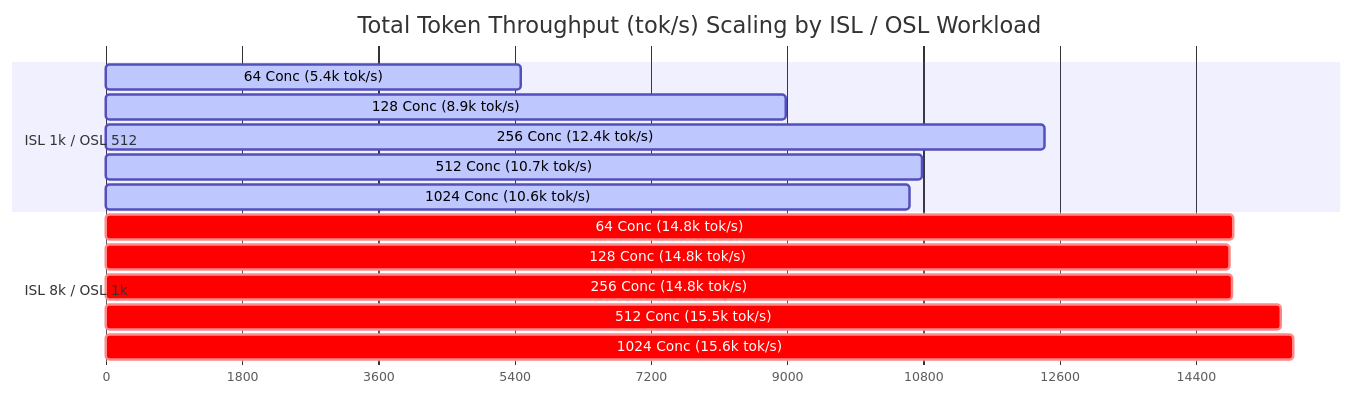
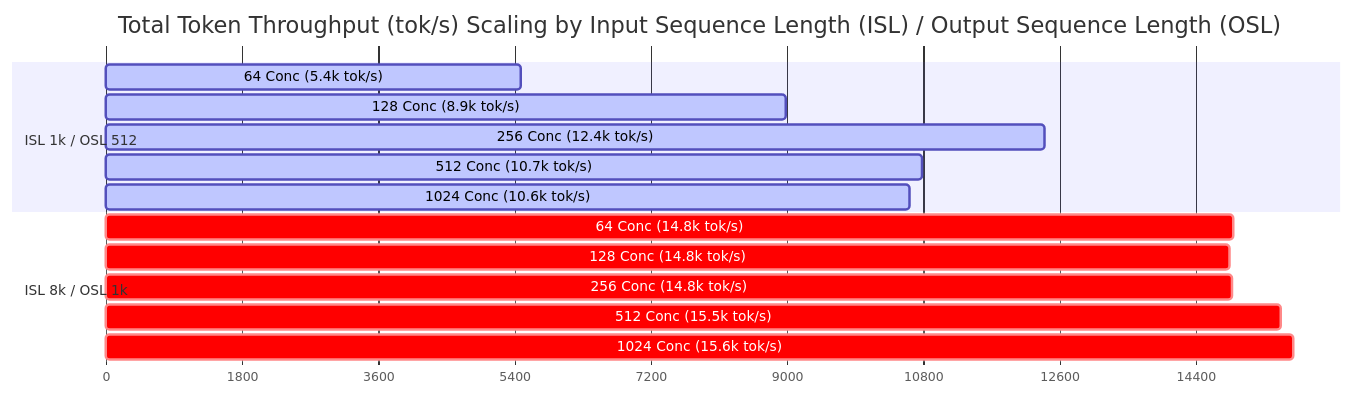
The diagram in Inference/sglang-rtx-pro-6000/models/Gemma4/benchmark_report.md (pallavim1/ai-infra-projects), drawn with Mermaid before and after one commit. The commit also changed other lines of this file and 1 other file, not shown here.

Commit message:
Update main report title and table headers with explicit Input Sequence Length (ISL) and Output Sequence Length (OSL)

````diff
--- a/Inference/sglang-rtx-pro-6000/models/Gemma4/benchmark_report.md
+++ b/Inference/sglang-rtx-pro-6000/models/Gemma4/benchmark_report.md
@@ -72,20 +76,20 @@
 ```mermaid
 gantt
-    title Total Token Throughput (tok/s) Scaling by ISL / OSL Workload
+    title Total Token Throughput (tok/s) Scaling by Input Sequence Length (ISL) / Output Sequence Length (OSL)
     dateFormat  X
     axisFormat %s
 
     section ISL 1k / OSL 512
     64 Conc (5.4k tok/s)   :active, 0, 5489
     128 Conc (8.9k tok/s)  :active, 0, 8980
     256 Conc (12.4k tok/s) :active, 0, 12405
     512 Conc (10.7k tok/s) :active, 0, 10791
     1024 Conc (10.6k tok/s):active, 0, 10615
 
     section ISL 8k / OSL 1k
     64 Conc (14.8k tok/s)  :crit, 0, 14899
     128 Conc (14.8k tok/s) :crit, 0, 14858
     256 Conc (14.8k tok/s) :crit, 0, 14882
     512 Conc (15.5k tok/s) :crit, 0, 15534
     1024 Conc (15.6k tok/s):crit, 0, 15693
 ```
````
